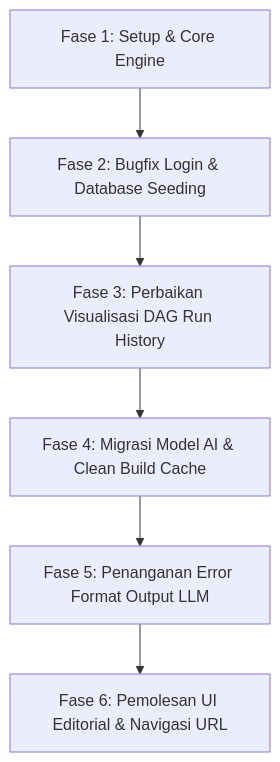
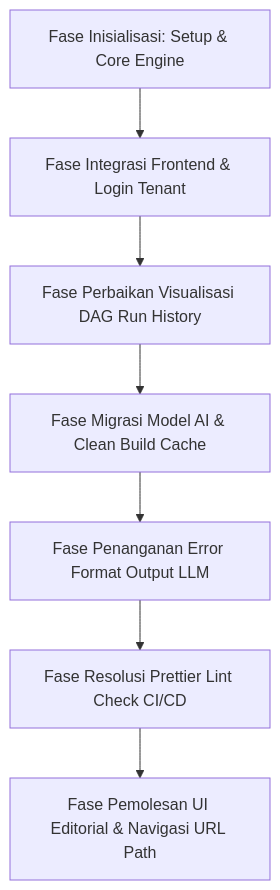
Before and after one commit to Himdeunn/flowforge: the second of 2 diagrams in FlowForge_Final_Report.md, drawn with Mermaid. The commit also changed other lines of this file, not shown here.

Commit message:
docs: expand final report with highly comprehensive sections and sub-section 6.5 detailing commit history

````diff
--- a/FlowForge_Final_Report.md
+++ b/FlowForge_Final_Report.md
@@ -74,8 +198,9 @@
 ```mermaid
 graph TD
-    A["Fase 1: Setup & Core Engine"] --> B["Fase 2: Bugfix Login & Database Seeding"]
-    B --> C["Fase 3: Perbaikan Visualisasi DAG Run History"]
-    C --> D["Fase 4: Migrasi Model AI & Clean Build Cache"]
-    D --> E["Fase 5: Penanganan Error Format Output LLM"]
-    E --> F["Fase 6: Pemolesan UI Editorial & Navigasi URL"]
+    A["Fase Inisialisasi: Setup & Core Engine"] --> B["Fase Integrasi Frontend & Login Tenant"]
+    B --> C["Fase Perbaikan Visualisasi DAG Run History"]
+    C --> D["Fase Migrasi Model AI & Clean Build Cache"]
+    D --> E["Fase Penanganan Error Format Output LLM"]
+    E --> F["Fase Resolusi Prettier Lint Check CI/CD"]
+    F --> G["Fase Pemolesan UI Editorial & Navigasi URL Path"]
 ```
````
